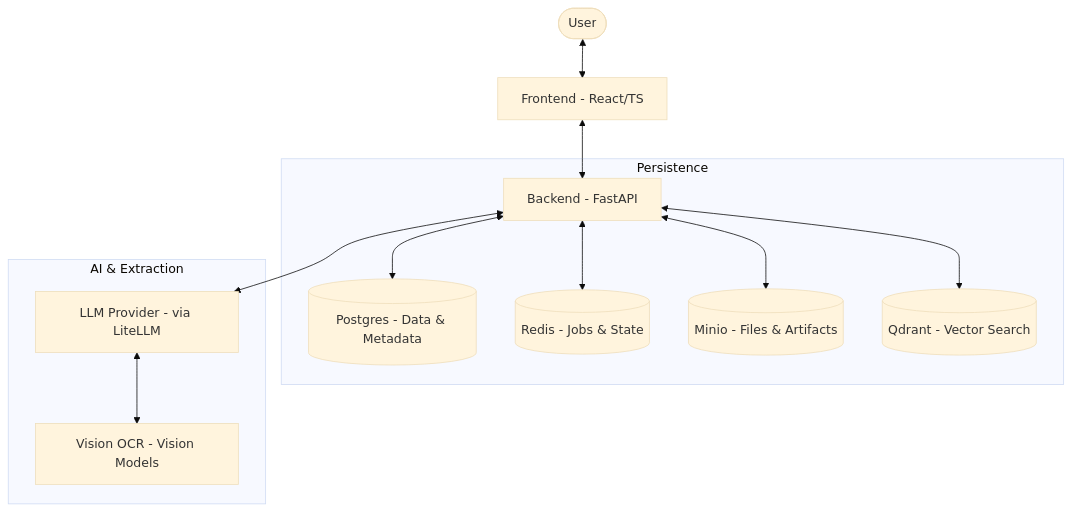
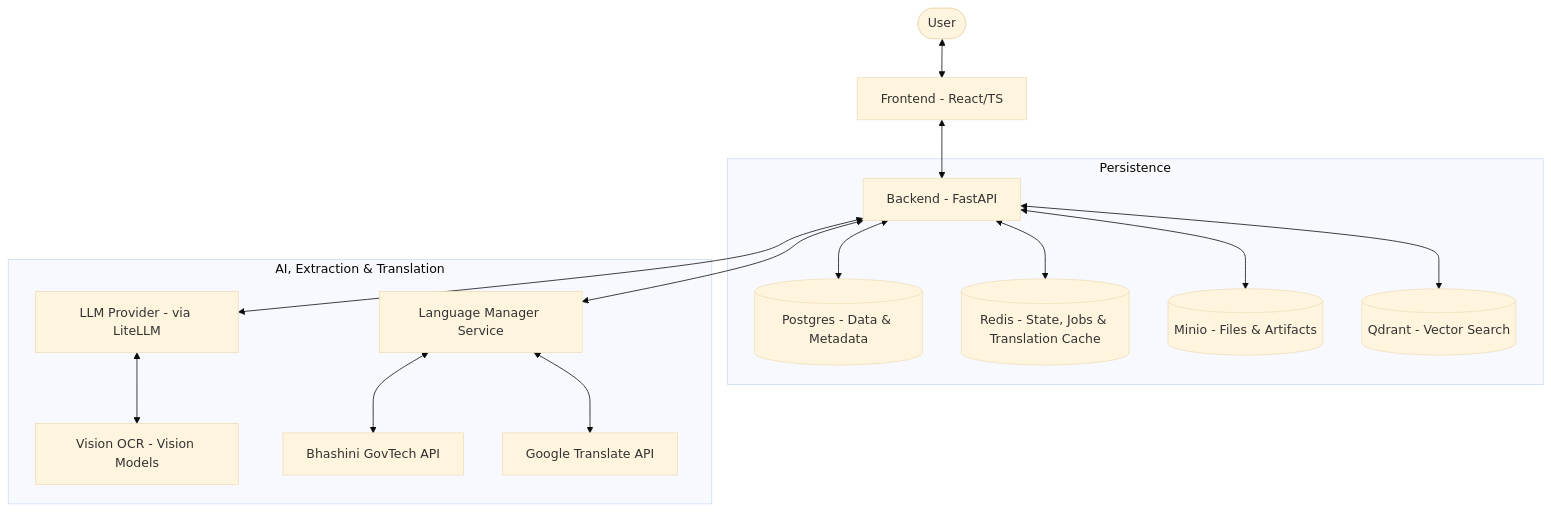
Before and after one commit to Hari31416/FormFoundry: the diagram in docs/architecture/overview.md, drawn with Mermaid (base theme). The commit also changed other lines of this file and 12 other files, not shown here.

````diff
--- a/docs/architecture/overview.md
+++ b/docs/architecture/overview.md
@@ -9,17 +9,20 @@
 ```mermaid
 graph TD
     User([User]) <--> Frontend[Frontend - React/TS]
     Frontend <--> Backend[Backend - FastAPI]
 
     subgraph Persistence
         Backend <--> DB[(Postgres - Data & Metadata)]
-        Backend <--> Cache[(Redis - Jobs & State)]
+        Backend <--> Cache[(Redis - State, Jobs & Translation Cache)]
         Backend <--> ObjectStore[(Minio - Files & Artifacts)]
         Backend <--> VectorDB[(Qdrant - Vector Search)]
     end
 
-    subgraph "AI & Extraction"
+    subgraph "AI, Extraction & Translation"
         Backend <--> LLM[LLM Provider - via LiteLLM]
         LLM <--> OCR[Vision OCR - Vision Models]
+        Backend <--> LangManager[Language Manager Service]
+        LangManager <--> Bhashini[Bhashini GovTech API]
+        LangManager <--> Google[Google Translate API]
     end
 ```
````
